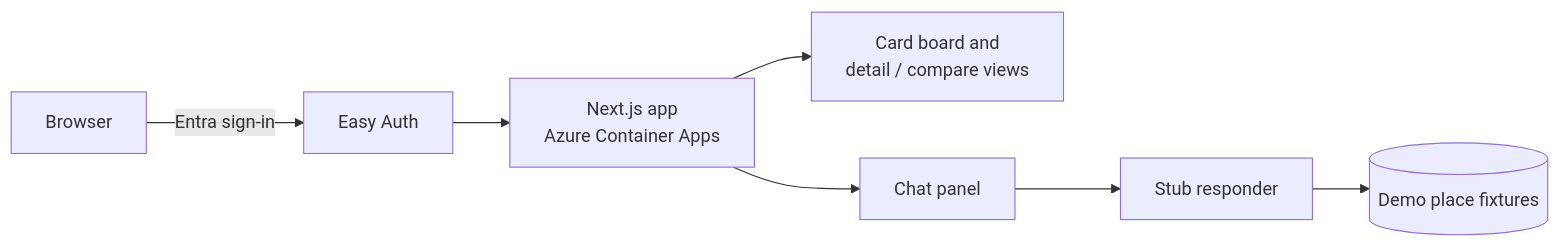
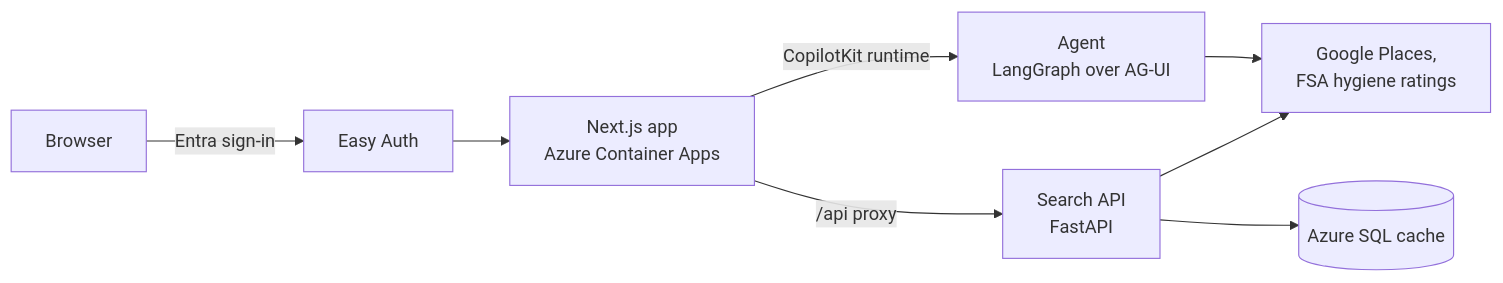
One commit to Fredheda/restaurant-researcher-app changed the diagram in README.md. Above: the diagram before and after it, drawn with Mermaid. The commit also changed other lines of this file and 4 other files, not shown here.

````diff
--- a/README.md
+++ b/README.md
@@ -20,9 +19,10 @@
 ```mermaid
 flowchart LR
     U[Browser] -->|Entra sign-in| EA[Easy Auth]
     EA --> A[Next.js app<br/>Azure Container Apps]
-    A --> B[Card board and<br/>detail / compare views]
-    A --> C[Chat panel]
-    C --> S[Stub responder]
-    S --> F[(Demo place fixtures)]
+    A -->|/api proxy| API[Search API<br/>FastAPI]
+    A -->|CopilotKit runtime| AG[Agent<br/>LangGraph over AG-UI]
+    API --> G[Google Places,<br/>FSA hygiene ratings]
+    AG --> G
+    API --> DB[(Azure SQL cache)]
 ```
````
